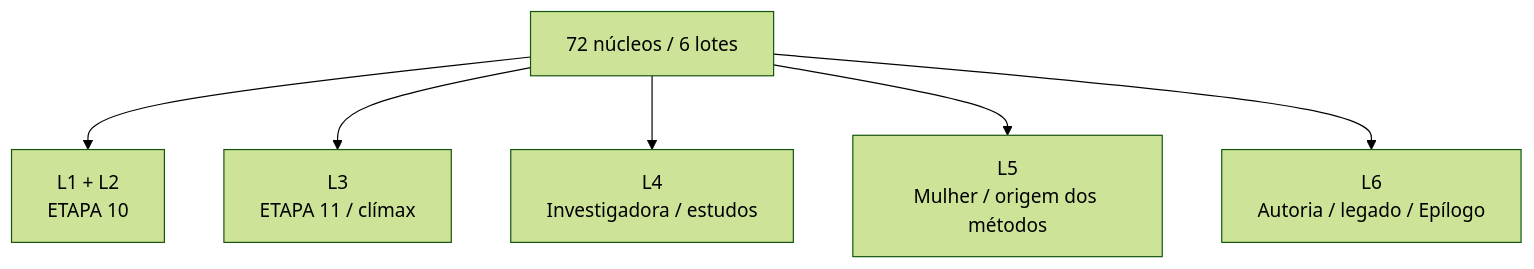
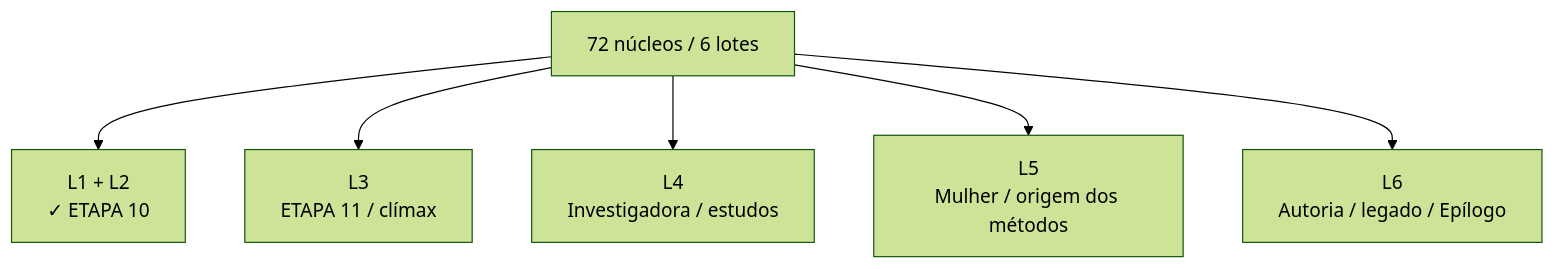
Before and after one commit to Sollimastudio/trilogia-sol-lima: the fifth of 6 diagrams in 01_MORTE_EM_VIDA/MAPA_VISUAL_PARTE_IV_ATUAL.md, drawn with Mermaid (forest theme). The commit also changed other lines of this file, not shown here.

Commit message:
Atualiza mapa visual apos Etapa 10

````diff
--- a/01_MORTE_EM_VIDA/MAPA_VISUAL_PARTE_IV_ATUAL.md
+++ b/01_MORTE_EM_VIDA/MAPA_VISUAL_PARTE_IV_ATUAL.md
@@ -52,8 +53,8 @@
 ```mermaid
 flowchart TD
-A[72 núcleos / 6 lotes] --> B[L1 + L2\nETAPA 10]
+A[72 núcleos / 6 lotes] --> B[L1 + L2\n✓ ETAPA 10]
 A --> C[L3\nETAPA 11 / clímax]
 A --> D[L4\nInvestigadora / estudos]
 A --> E[L5\nMulher / origem dos métodos]
 A --> F[L6\nAutoria / legado / Epílogo]
 ```
````
